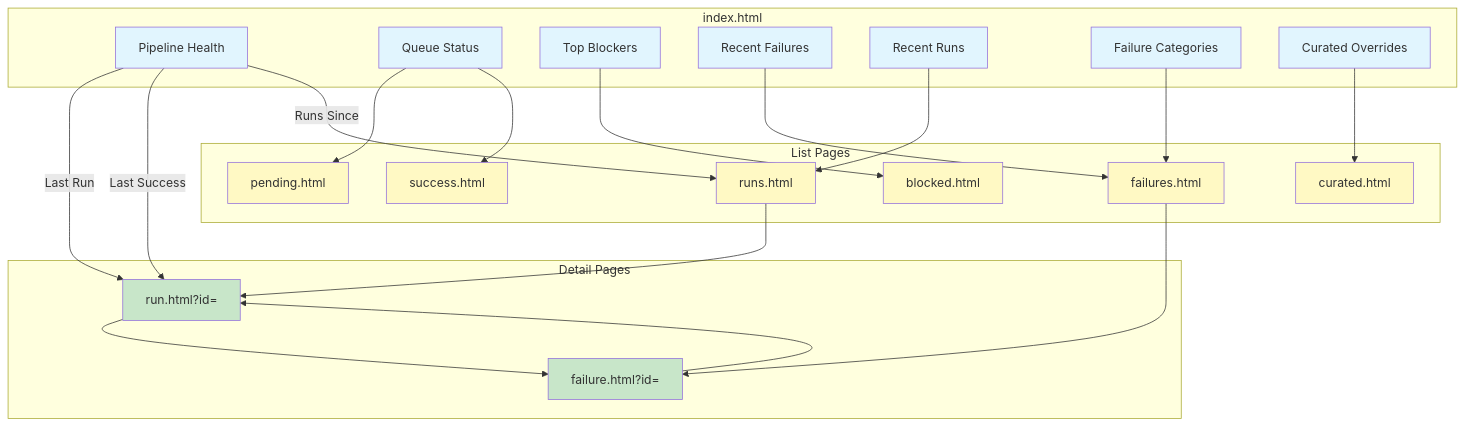
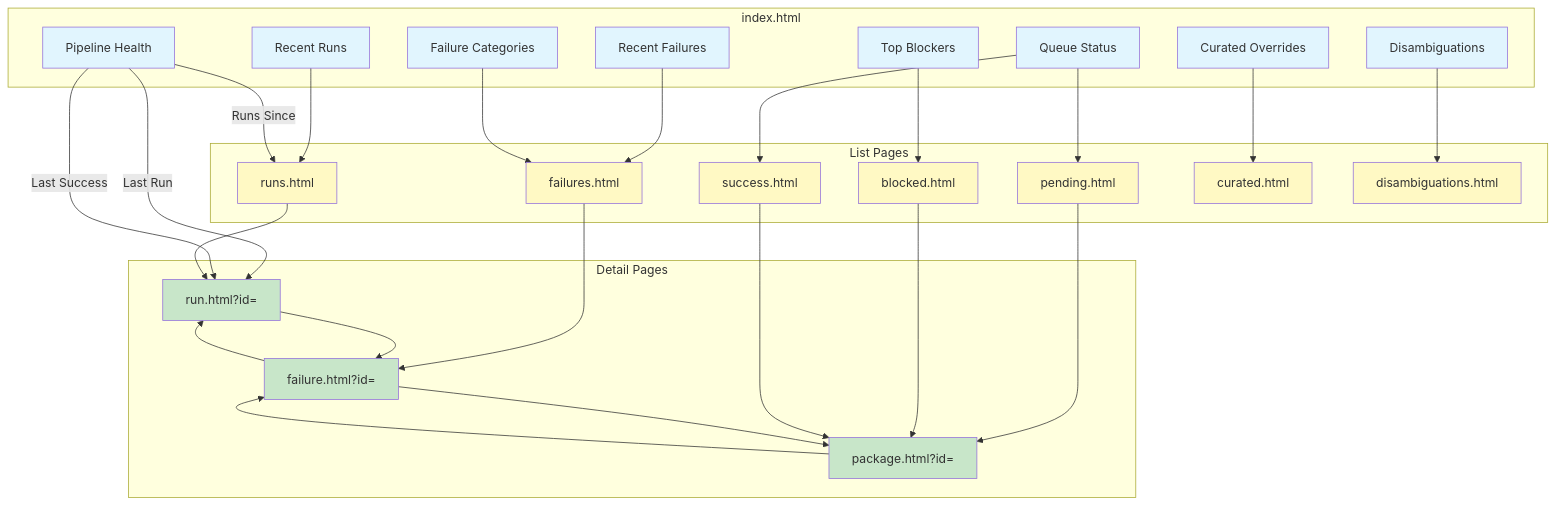
The first of 2 diagrams in docs/designs/DESIGN-dashboard-observability.md (tsukumogami/tsuku), drawn with Mermaid before and after one commit. The commit also changed other lines of this file and 1 other file, not shown here.

````diff
--- a/docs/designs/DESIGN-dashboard-observability.md
+++ b/docs/designs/DESIGN-dashboard-observability.md
@@ -526,51 +540,60 @@
 ```mermaid
 flowchart TD
     subgraph Main["index.html"]
         PH[Pipeline Health]
         QS[Queue Status]
         TB[Top Blockers]
         RF[Recent Failures]
         RR[Recent Runs]
         FC[Failure Categories]
         CO[Curated Overrides]
+        DI[Disambiguations]
     end
 
     subgraph Lists["List Pages"]
         pending[pending.html]
         blocked[blocked.html]
         failures[failures.html]
         runs[runs.html]
         success[success.html]
         curated[curated.html]
+        disamb[disambiguations.html]
     end
 
     subgraph Details["Detail Pages"]
         fail[failure.html?id=]
         run[run.html?id=]
+        pkg[package.html?id=]
     end
 
     QS --> pending
     QS --> success
     TB --> blocked
     RF --> failures
     RR --> runs
     FC --> failures
     CO --> curated
+    DI --> disamb
     PH -->|Last Run| run
     PH -->|Last Success| run
     PH -->|Runs Since| runs
 
     failures --> fail
     runs --> run
+    pending --> pkg
+    blocked --> pkg
+    success --> pkg
 
     fail --> run
+    fail --> pkg
     run --> fail
+    pkg --> fail
 
     classDef main fill:#e1f5fe
     classDef list fill:#fff9c4
     classDef detail fill:#c8e6c9
 
-    class PH,QS,TB,RF,RR,FC,CO main
-    class pending,blocked,failures,runs,success,curated list
-    class fail,run detail
+    class PH,QS,TB,RF,RR,FC,CO,DI main
+    class pending,blocked,failures,runs,success,curated,disamb list
+    class fail,run,pkg detail
 ```
````
